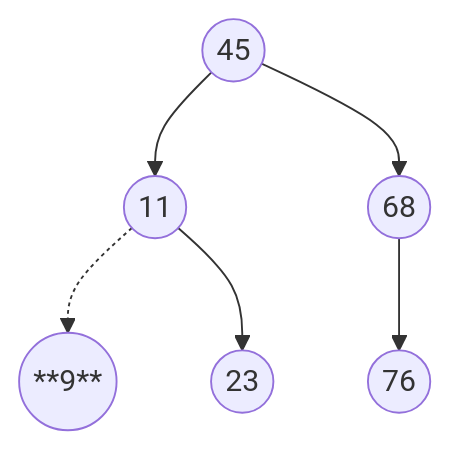
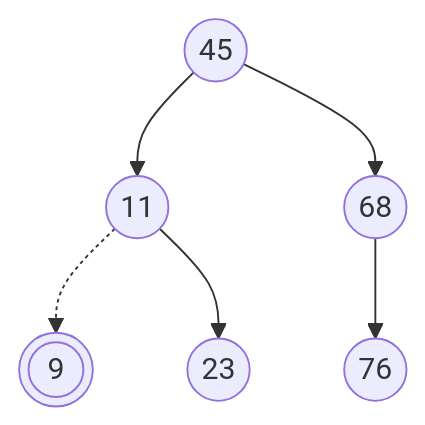
One commit to dmjcb/dmjcb.github.io changed the ninth of 13 diagrams in _posts/DataStructure/Tree/BinaryTree/2019-02-13-二叉排序树.md. Above: the diagram before and after it, drawn with Mermaid. The commit also changed other lines of this file and 78 other files, not shown here.

Commit message:
更新git部分图片;添加工作台图片

````diff
--- a/_posts/DataStructure/Tree/BinaryTree/2019-02-13-二叉排序树.md
+++ b/_posts/DataStructure/Tree/BinaryTree/2019-02-13-二叉排序树.md
@@ -223,9 +223,9 @@
 ```mermaid
 graph TB
     N45((45))
         N45 --> N11((11))
-            N11 -.-> N9((**9**))
+            N11 -.-> N9(((9)))
             N11 --> N23((23))
         N45 --> N68((68))
             N68 --> N76((76))
 ```
````
